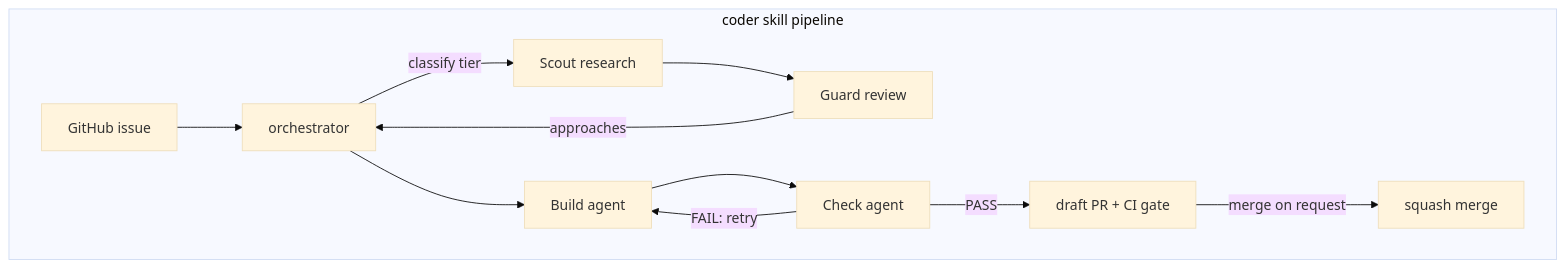
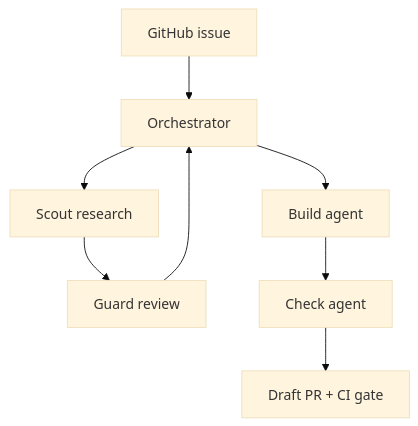
One commit to clouatre-labs/agentic-coder-skill changed the diagram in docs/diagrams/architecture.mmd. Above: the diagram before and after it, drawn with Mermaid (base theme). The commit also changed 2 other files, not shown here.

Commit message:
docs(diagram): simplify architecture diagram to flat TD flow

```diff
--- a/docs/diagrams/architecture.mmd
+++ b/docs/diagrams/architecture.mmd
@@ -1,13 +1,8 @@
 graph TD
-    subgraph FLOW["coder skill pipeline"]
-        direction LR
-        ISSUE[GitHub issue] --> ORCH[orchestrator]
-        ORCH -->|"classify tier"| SC[Scout research]
-        SC --> GU[Guard review]
-        GU -->|"approaches"| ORCH
-        ORCH --> BU[Build agent]
-        BU --> CH[Check agent]
-        CH -->|"FAIL: retry"| BU
-        CH -->|"PASS"| PRD[draft PR + CI gate]
-        PRD -->|"merge on request"| MG[squash merge]
-    end
+    ISSUE[GitHub issue] --> ORCH[Orchestrator]
+    ORCH --> SC[Scout research]
+    SC --> GU[Guard review]
+    GU --> ORCH
+    ORCH --> BU[Build agent]
+    BU --> CH[Check agent]
+    CH --> PR[Draft PR + CI gate]
```
